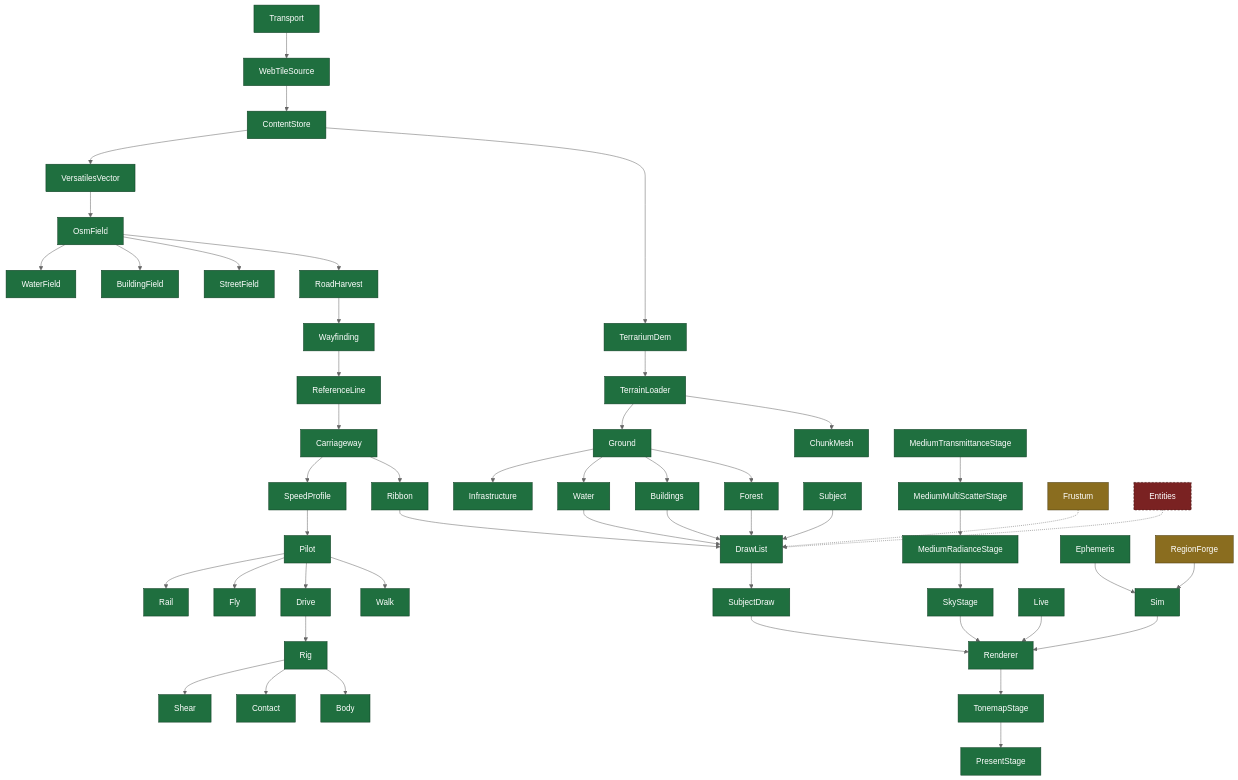
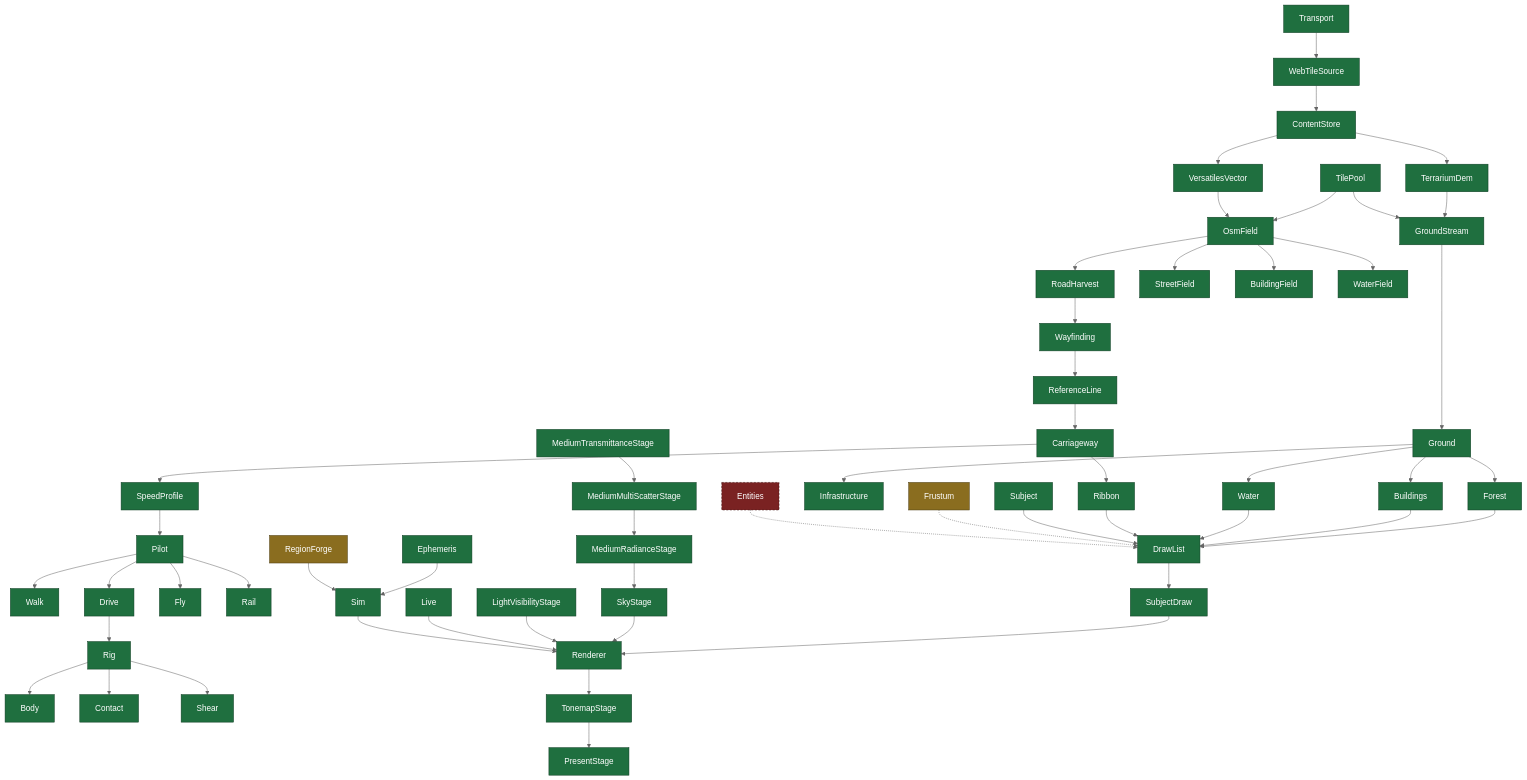
Before and after one commit to Weichwolf/outshine: the third of 6 diagrams in CLAUDE.md, drawn with Mermaid (neutral theme). The commit also changed other lines of this file, not shown here.

First line of the commit message:
CLAUDE.md rewritten: diagrams over prose, IST beside SOLL, 755 lines become 225

````diff
--- a/CLAUDE.md
+++ b/CLAUDE.md
@@ -427,28 +78,28 @@
 ```mermaid
 flowchart TD
-  Transport --> WebTileSource --> ContentStore
-  ContentStore --> TerrariumDem & VersatilesVector
-  TerrariumDem --> TerrainLoader --> ChunkMesh
+  Transport --> WebTileSource --> ContentStore --> TerrariumDem & VersatilesVector
+  TerrariumDem --> GroundStream
+  TilePool --> GroundStream & OsmField
   VersatilesVector --> OsmField --> RoadHarvest --> Wayfinding
   OsmField --> StreetField & BuildingField & WaterField
-  TerrainLoader --> Ground --> Forest & Buildings & Water & Infrastructure
+  GroundStream --> Ground --> Forest & Buildings & Water & Infrastructure
   Wayfinding --> ReferenceLine --> Carriageway --> Ribbon
-  Carriageway --> SpeedProfile --> Pilot
-  Pilot --> Walk & Drive & Fly & Rail
+  Carriageway --> SpeedProfile --> Pilot --> Walk & Drive & Fly & Rail
   Drive --> Rig --> Body
   Rig --> Contact & Shear
   Forest & Buildings & Water & Ribbon & Subject --> DrawList
-  DrawList --> SubjectDraw --> Renderer --> TonemapStage --> PresentStage
+  DrawList --> SubjectDraw --> Renderer
   MediumTransmittanceStage --> MediumMultiScatterStage --> MediumRadianceStage --> SkyStage --> Renderer
+  LightVisibilityStage --> Renderer --> TonemapStage --> PresentStage
   Live --> Renderer
   Ephemeris & RegionForge --> Sim --> Renderer
   Frustum -.-> DrawList
   Entities -.-> DrawList
 
   classDef built fill:#1f6f3f,stroke:#0d3b21,color:#fff
   classDef idle fill:#8a6d1f,stroke:#4a3a0d,color:#fff
   classDef absent fill:#7a2222,stroke:#3d1111,color:#fff,stroke-dasharray:4 3
-  class Transport,WebTileSource,ContentStore,TerrariumDem,VersatilesVector,TerrainLoader,ChunkMesh,OsmField,RoadHarvest,Wayfinding,StreetField,BuildingField,WaterField,Ground,Forest,Buildings,Water,Infrastructure,ReferenceLine,Carriageway,Ribbon,SpeedProfile,Pilot,Walk,Drive,Fly,Rail,Rig,Body,Contact,Shear,Subject,DrawList,SubjectDraw,Renderer,TonemapStage,PresentStage,Live,StarBands,Sim,Ephemeris,MediumTransmittanceStage,MediumMultiScatterStage,MediumRadianceStage,SkyStage built
+  class Transport,WebTileSource,ContentStore,TerrariumDem,VersatilesVector,TilePool,GroundStream,OsmField,RoadHarvest,Wayfinding,StreetField,BuildingField,WaterField,Ground,Forest,Buildings,Water,Infrastructure,ReferenceLine,Carriageway,Ribbon,SpeedProfile,Pilot,Walk,Drive,Fly,Rail,Rig,Body,Contact,Shear,Subject,DrawList,SubjectDraw,Renderer,TonemapStage,PresentStage,Live,Sim,Ephemeris,MediumTransmittanceStage,MediumMultiScatterStage,MediumRadianceStage,SkyStage,LightVisibilityStage built
   class Frustum,RegionForge idle
   class Entities absent
 ```
````
